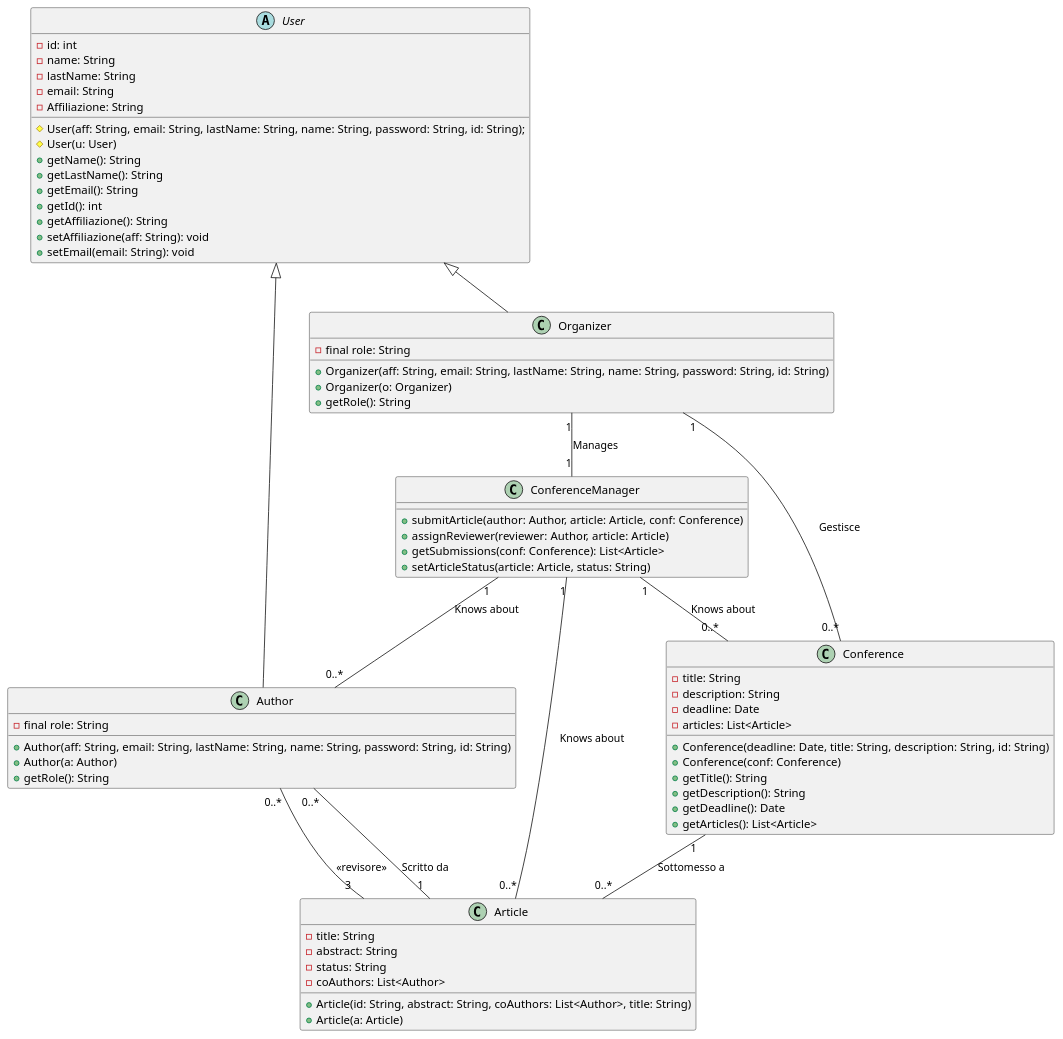
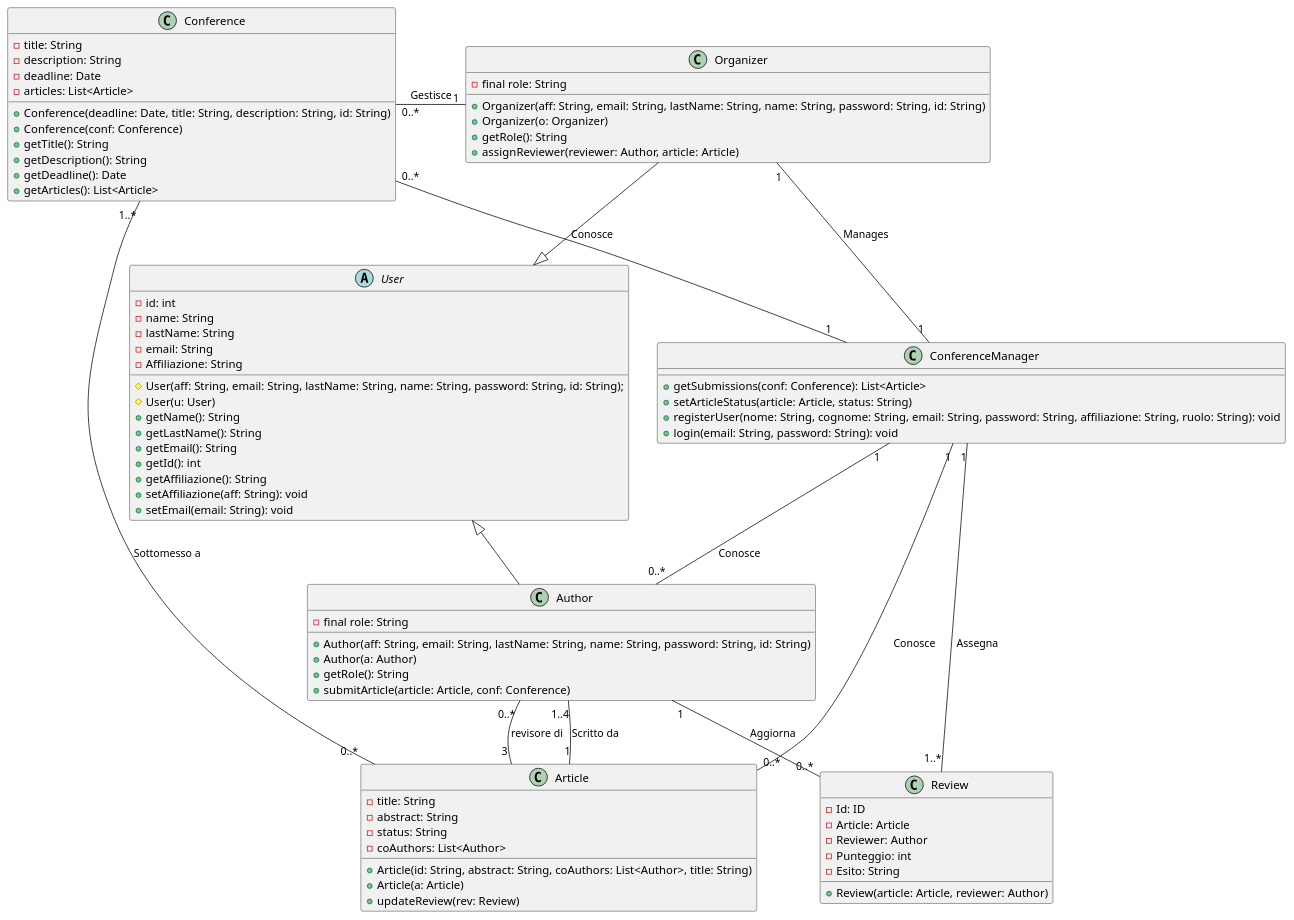
Before and after one commit to Air4x/Progetto_ISW: the diagram in VisualParadigm/diagramma_classi.puml, drawn with PlantUML.

Commit message:
doc: Aggiornato diagramma_classi.pum

```diff
--- a/VisualParadigm/diagramma_classi.puml
+++ b/VisualParadigm/diagramma_classi.puml
@@ -1,80 +1,94 @@
 @startuml 
 
 class ConferenceManager {
-  + submitArticle(author: Author, article: Article, conf: Conference)
-  + assignReviewer(reviewer: Author, article: Article)
   + getSubmissions(conf: Conference): List<Article>
   + setArticleStatus(article: Article, status: String)
+  + registerUser(nome: String, cognome: String, email: String, password: String, affiliazione: String, ruolo: String): void
+  + login(email: String, password: String): void
 }
 
-  abstract class User {
+abstract class User {
     - id: int
     - name: String
     - lastName: String
     - email: String
     - Affiliazione: String
     # User(aff: String, email: String, lastName: String, name: String, password: String, id: String);
     # User(u: User)
     + getName(): String
     + getLastName(): String
     + getEmail(): String
     + getId(): int
     + getAffiliazione(): String
     + setAffiliazione(aff: String): void
     + setEmail(email: String): void
   }
   
   class Author {
     - final role: String
     + Author(aff: String, email: String, lastName: String, name: String, password: String, id: String)
     + Author(a: Author)		
     + getRole(): String
+    + submitArticle(article: Article, conf: Conference)
   }
 
   class Organizer {
     - final role: String
     + Organizer(aff: String, email: String, lastName: String, name: String, password: String, id: String)
     + Organizer(o: Organizer)
     + getRole(): String
+    + assignReviewer(reviewer: Author, article: Article)
   }
 
   class Article {
     - title: String
     - abstract: String
     - status: String
     - coAuthors: List<Author>
     + Article(id: String, abstract: String, coAuthors: List<Author>, title: String)
-    + Article(a: Article)
+	+ Article(a: Article)
+	+ updateReview(rev: Review)
   }
   
   class Conference {
     - title: String
     - description: String
     - deadline: Date
     - articles: List<Article>
     + Conference(deadline: Date, title: String, description: String, id: String)
     + Conference(conf: Conference)
     + getTitle(): String
     + getDescription(): String
     + getDeadline(): Date
     + getArticles(): List<Article>
   }
 
+class Review {
+	- Id: ID
+	- Article: Article
+	- Reviewer: Author
+	- Punteggio: int
+	- Esito: String
+	+ Review(article: Article, reviewer: Author)
+}
+
   User <|-- Author
-  User <|-- Organizer
+Organizer --|> User
 
 
 Organizer "1" -- "1" ConferenceManager : Manages
-ConferenceManager "1" -- "0..*" Conference : Knows about
-ConferenceManager "1" -- "0..*" Article : Knows about
-ConferenceManager "1" -- "0..*" Author : Knows about
+ConferenceManager "1" -- "0..*" Conference : Conosce
+ConferenceManager "1" -- "0..*" Article : Conosce
+ConferenceManager "1" -- "0..*" Author : Conosce
+ConferenceManager "1" -- "1..*" Review : Assegna
 
 ' Relazioni
-Organizer "1" -- "0..*" Conference : Gestisce
-Conference "1" -- "0..*" Article : Sottomesso a
-Article "1" -- "0..*" Author : Scritto da
+Organizer "1" -left- "0..*" Conference: Gestisce
+Article "0..*" -- "1..*" Conference : Sottomesso a
+Article "1" -- "1..4" Author : Scritto da
+Author "1" -- "0..*" Review: Aggiorna
 
 ' Revisori: relazione molti-a-molti tra Autore e Articolo
-Author "0..*" -- "3" Article : <<revisore>>
+Author "0..*" -- "3" Article : revisore di
 
 @enduml
```
